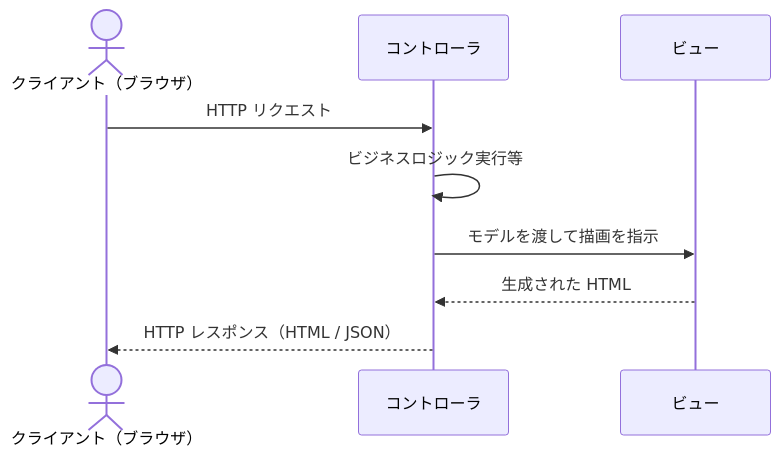
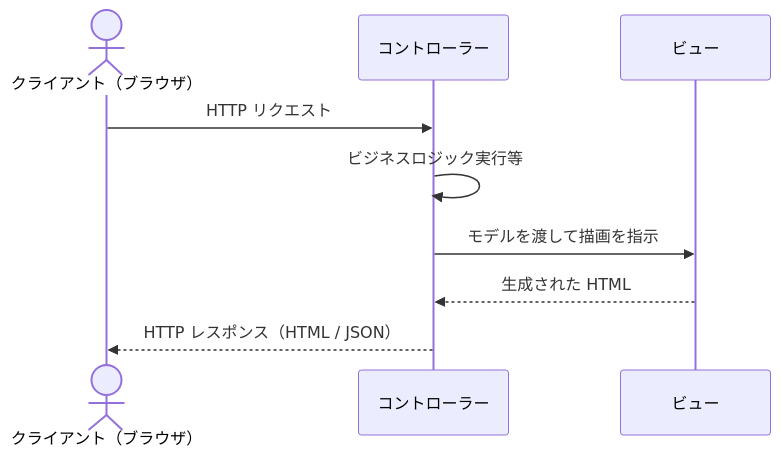
The first of 8 diagrams in docs/03-mvc-web-and-api.md (microsoft/aspnetcore-ja-handbook), drawn with Mermaid before and after one commit. The commit also changed other lines of this file and 5 other files, not shown here.

````diff
--- a/docs/03-mvc-web-and-api.md
+++ b/docs/03-mvc-web-and-api.md
@@ -12,11 +12,11 @@
 ```mermaid
 sequenceDiagram
     actor Client as クライアント（ブラウザ）
-    participant C as コントローラ
+    participant C as コントローラー
     participant V as ビュー
     Client->>C: HTTP リクエスト
     C->>C: ビジネスロジック実行等
     C->>V: モデルを渡して描画を指示
     V-->>C: 生成された HTML
     C-->>Client: HTTP レスポンス（HTML / JSON）
 ```
````
